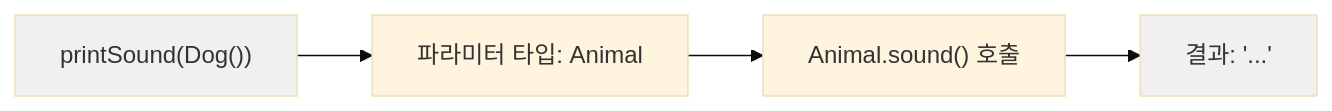
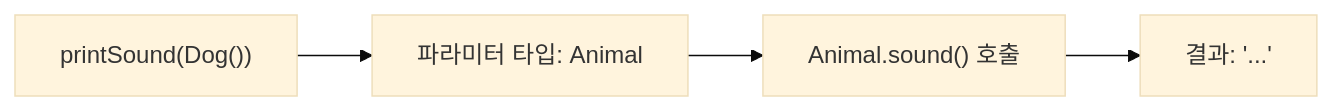
Before and after one commit to advanced-beginner/advanced-beginner.github.io: the diagram in content/ko/docs/kotlin/concepts/extension-functions.md, drawn with Mermaid (base theme). The commit also changed other lines of this file and 16 other files, not shown here.

First line of the commit message:
docs(kotlin): 마크다운 정합성 검증 — 한글 강조 공백 + Mermaid 색상 스타일 제거

````diff
--- a/content/ko/docs/kotlin/concepts/extension-functions.md
+++ b/content/ko/docs/kotlin/concepts/extension-functions.md
@@ -149,8 +149,6 @@
 ```mermaid
 graph LR
     A["printSound(Dog())"] --> B["파라미터 타입: Animal"]
     B --> C["Animal.sound() 호출"]
     C --> D["결과: '...'"]
-    style A fill:#f0f0f0
-    style D fill:#f0f0f0
 ```
````
